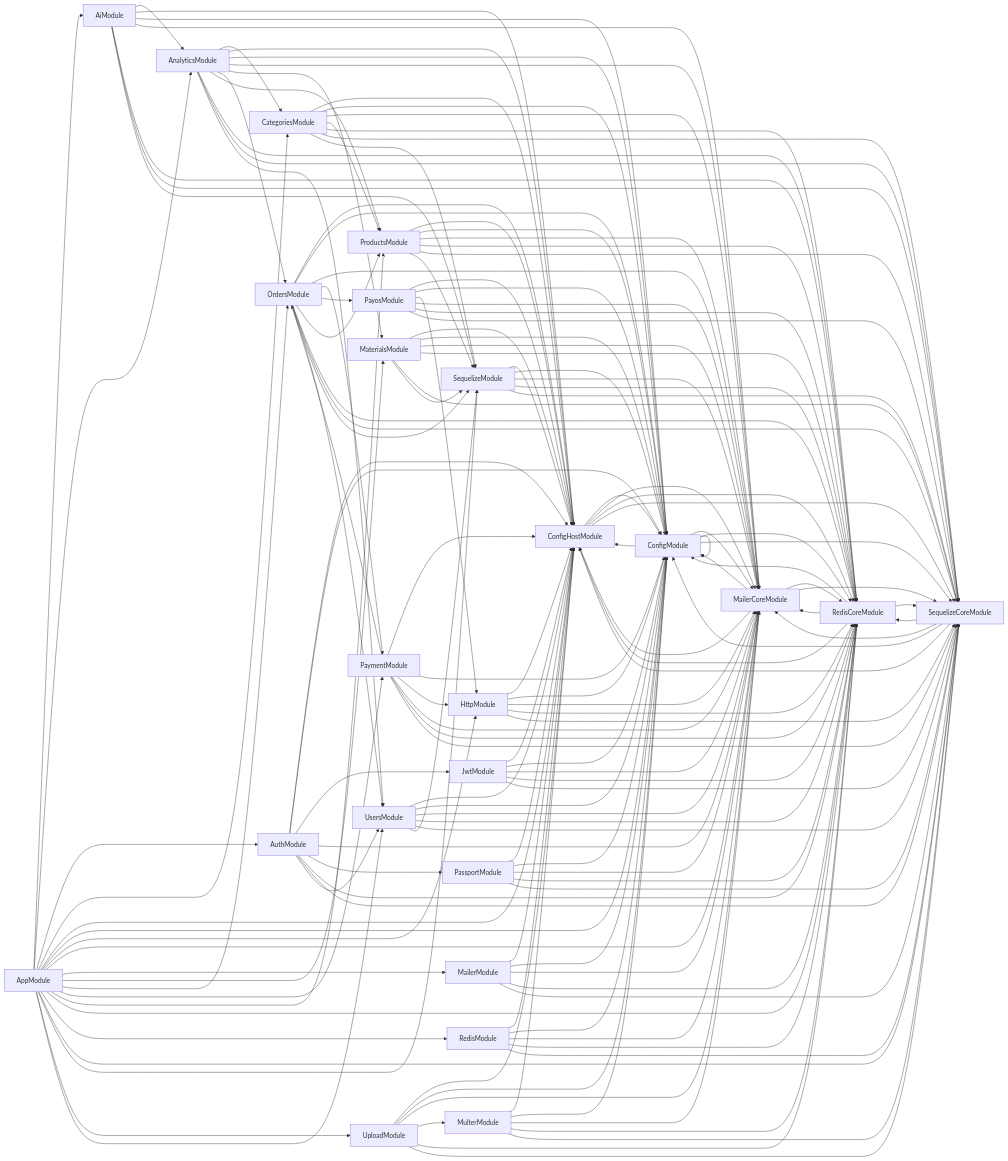
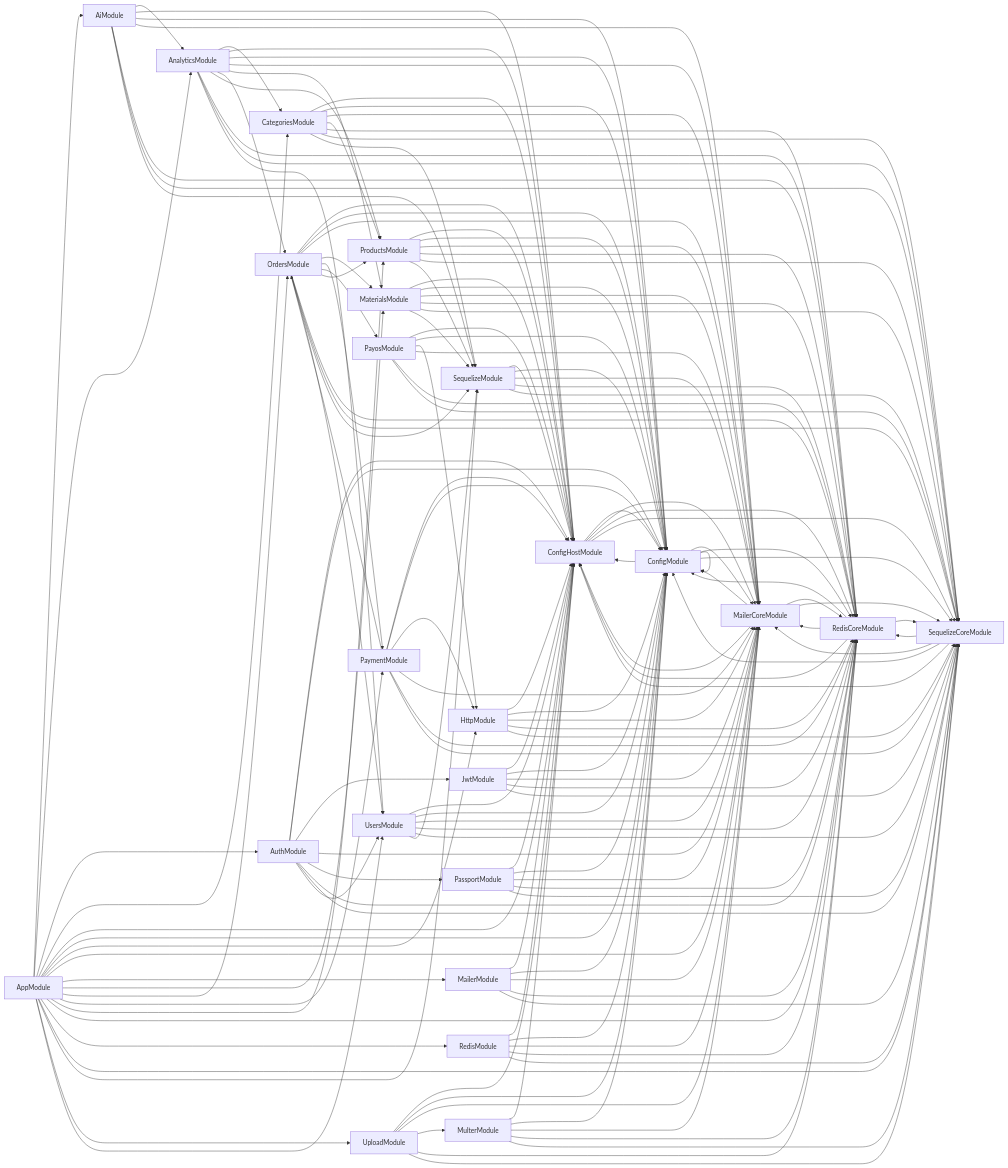
The diagram in deps.mermaid (csc13001-kafi/csc13001-kafi-server), drawn with Mermaid before and after one commit. The commit also changed 8 other files, not shown here.

```diff
--- a/deps.mermaid
+++ b/deps.mermaid
@@ -1,155 +1,156 @@
 graph LR
     AiModule-->AnalyticsModule
   AiModule-->ConfigHostModule
   AiModule-->ConfigModule
   AiModule-->MailerCoreModule
   AiModule-->RedisCoreModule
   AiModule-->SequelizeCoreModule
   AiModule-->SequelizeModule
   AnalyticsModule-->CategoriesModule
   AnalyticsModule-->ConfigHostModule
   AnalyticsModule-->ConfigModule
   AnalyticsModule-->MailerCoreModule
   AnalyticsModule-->MaterialsModule
   AnalyticsModule-->OrdersModule
   AnalyticsModule-->ProductsModule
   AnalyticsModule-->RedisCoreModule
   AnalyticsModule-->SequelizeCoreModule
   AnalyticsModule-->UsersModule
   AppModule-->AiModule
   AppModule-->AnalyticsModule
   AppModule-->AuthModule
   AppModule-->CategoriesModule
   AppModule-->ConfigHostModule
   AppModule-->ConfigModule
   AppModule-->HttpModule
   AppModule-->MailerCoreModule
   AppModule-->MailerModule
   AppModule-->MaterialsModule
   AppModule-->OrdersModule
   AppModule-->PaymentModule
   AppModule-->ProductsModule
   AppModule-->RedisCoreModule
   AppModule-->RedisModule
   AppModule-->SequelizeCoreModule
   AppModule-->SequelizeModule
   AppModule-->UploadModule
   AppModule-->UsersModule
   AuthModule-->ConfigHostModule
   AuthModule-->ConfigModule
   AuthModule-->JwtModule
   AuthModule-->MailerCoreModule
   AuthModule-->PassportModule
   AuthModule-->RedisCoreModule
   AuthModule-->SequelizeCoreModule
   AuthModule-->UsersModule
   CategoriesModule-->ConfigHostModule
   CategoriesModule-->ConfigModule
   CategoriesModule-->MailerCoreModule
   CategoriesModule-->ProductsModule
   CategoriesModule-->RedisCoreModule
   CategoriesModule-->SequelizeCoreModule
   CategoriesModule-->SequelizeModule
   ConfigHostModule-->ConfigModule
   ConfigHostModule-->MailerCoreModule
   ConfigHostModule-->RedisCoreModule
   ConfigHostModule-->SequelizeCoreModule
   ConfigModule-->ConfigHostModule
   ConfigModule-->ConfigModule
   ConfigModule-->MailerCoreModule
   ConfigModule-->RedisCoreModule
   ConfigModule-->SequelizeCoreModule
   HttpModule-->ConfigHostModule
   HttpModule-->ConfigModule
   HttpModule-->MailerCoreModule
   HttpModule-->RedisCoreModule
   HttpModule-->SequelizeCoreModule
   JwtModule-->ConfigHostModule
   JwtModule-->ConfigModule
   JwtModule-->MailerCoreModule
   JwtModule-->RedisCoreModule
   JwtModule-->SequelizeCoreModule
   MailerCoreModule-->ConfigHostModule
   MailerCoreModule-->ConfigModule
   MailerCoreModule-->RedisCoreModule
   MailerCoreModule-->SequelizeCoreModule
   MailerModule-->ConfigHostModule
   MailerModule-->ConfigModule
   MailerModule-->MailerCoreModule
   MailerModule-->RedisCoreModule
   MailerModule-->SequelizeCoreModule
   MaterialsModule-->ConfigHostModule
   MaterialsModule-->ConfigModule
   MaterialsModule-->MailerCoreModule
   MaterialsModule-->RedisCoreModule
   MaterialsModule-->SequelizeCoreModule
   MaterialsModule-->SequelizeModule
   MulterModule-->ConfigHostModule
   MulterModule-->ConfigModule
   MulterModule-->MailerCoreModule
   MulterModule-->RedisCoreModule
   MulterModule-->SequelizeCoreModule
   OrdersModule-->ConfigHostModule
   OrdersModule-->ConfigModule
   OrdersModule-->MailerCoreModule
+  OrdersModule-->MaterialsModule
   OrdersModule-->PaymentModule
   OrdersModule-->PayosModule
   OrdersModule-->ProductsModule
   OrdersModule-->RedisCoreModule
   OrdersModule-->SequelizeCoreModule
   OrdersModule-->SequelizeModule
   OrdersModule-->UsersModule
   PassportModule-->ConfigHostModule
   PassportModule-->ConfigModule
   PassportModule-->MailerCoreModule
   PassportModule-->RedisCoreModule
   PassportModule-->SequelizeCoreModule
   PaymentModule-->ConfigHostModule
   PaymentModule-->ConfigModule
   PaymentModule-->HttpModule
   PaymentModule-->MailerCoreModule
   PaymentModule-->OrdersModule
   PaymentModule-->RedisCoreModule
   PaymentModule-->SequelizeCoreModule
   PayosModule-->ConfigHostModule
   PayosModule-->ConfigModule
   PayosModule-->HttpModule
   PayosModule-->MailerCoreModule
   PayosModule-->RedisCoreModule
   PayosModule-->SequelizeCoreModule
   ProductsModule-->ConfigHostModule
   ProductsModule-->ConfigModule
   ProductsModule-->MailerCoreModule
   ProductsModule-->RedisCoreModule
   ProductsModule-->SequelizeCoreModule
   ProductsModule-->SequelizeModule
   RedisCoreModule-->ConfigHostModule
   RedisCoreModule-->ConfigModule
   RedisCoreModule-->MailerCoreModule
   RedisCoreModule-->SequelizeCoreModule
   RedisModule-->ConfigHostModule
   RedisModule-->ConfigModule
   RedisModule-->MailerCoreModule
   RedisModule-->RedisCoreModule
   RedisModule-->SequelizeCoreModule
   SequelizeCoreModule-->ConfigHostModule
   SequelizeCoreModule-->ConfigModule
   SequelizeCoreModule-->MailerCoreModule
   SequelizeCoreModule-->RedisCoreModule
   SequelizeModule-->ConfigHostModule
   SequelizeModule-->ConfigModule
   SequelizeModule-->MailerCoreModule
   SequelizeModule-->RedisCoreModule
   SequelizeModule-->SequelizeCoreModule
   UploadModule-->ConfigHostModule
   UploadModule-->ConfigModule
   UploadModule-->MailerCoreModule
   UploadModule-->MulterModule
   UploadModule-->RedisCoreModule
   UploadModule-->SequelizeCoreModule
   UsersModule-->ConfigHostModule
   UsersModule-->ConfigModule
   UsersModule-->MailerCoreModule
   UsersModule-->RedisCoreModule
   UsersModule-->SequelizeCoreModule
   UsersModule-->SequelizeModule
```
